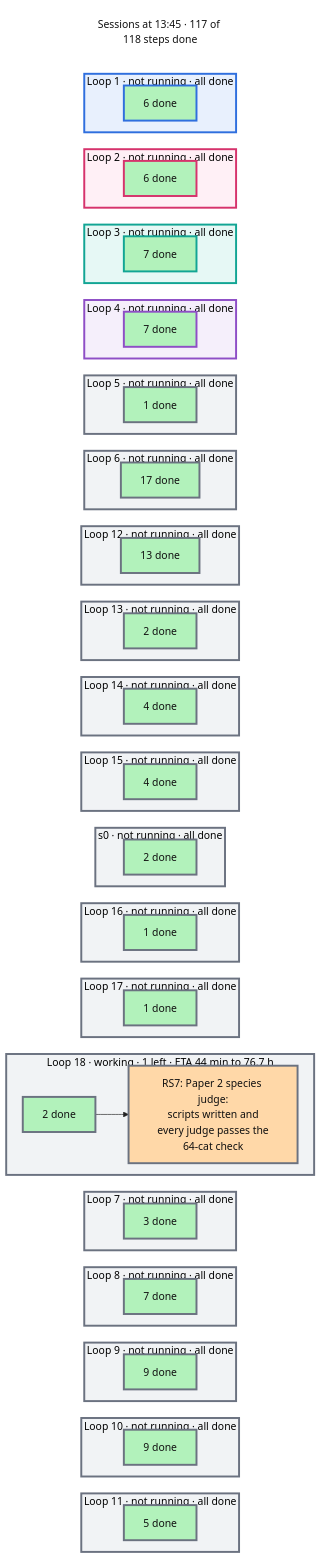
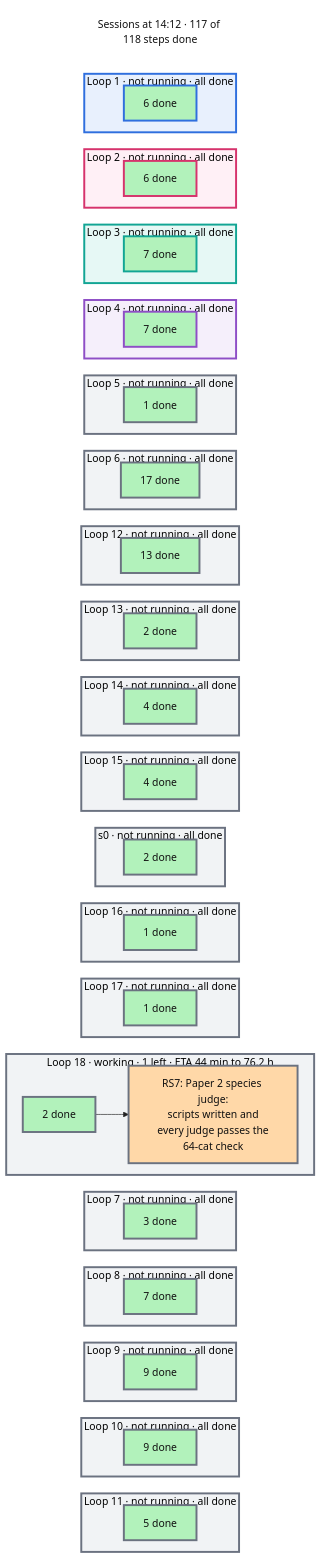
The diagram in artifacts/notes/progress/sessions.mmd (mo-rsa24/concept-composition), drawn with Mermaid before and after one commit. The commit also changed 9 other files, not shown here.

```diff
--- a/artifacts/notes/progress/sessions.mmd
+++ b/artifacts/notes/progress/sessions.mmd
@@ -1,124 +1,124 @@
 %%{init: {'theme': 'base', 'themeVariables': {'fontFamily': 'monospace', 'primaryColor': '#ffffff', 'primaryBorderColor': '#222222', 'primaryTextColor': '#111111', 'lineColor': '#222222'}, 'flowchart': {'nodeSpacing': 16, 'rankSpacing': 26}}}%%
 flowchart TB
   classDef done fill:#b2f2bb,color:#111111
   classDef doing fill:#ffd8a8,color:#111111
   classDef todo fill:#e9ecef,color:#111111
   classDef note fill:#ffffff,stroke:#c92a2a,stroke-dasharray:5 5,color:#c92a2a
-  now["Sessions at 13:45 · 117 of 118 steps done"]
+  now["Sessions at 14:12 · 117 of 118 steps done"]
   style now fill:#ffffff,stroke:#ffffff,color:#111111
   subgraph L0["Loop 1 · not running · all done"]
     direction LR
     d0["6 done"]:::done
   end
   subgraph L1["Loop 2 · not running · all done"]
     direction LR
     d1["6 done"]:::done
   end
   subgraph L2["Loop 3 · not running · all done"]
     direction LR
     d2["7 done"]:::done
   end
   subgraph L3["Loop 4 · not running · all done"]
     direction LR
     d3["7 done"]:::done
   end
   subgraph L4["Loop 5 · not running · all done"]
     direction LR
     d4["1 done"]:::done
   end
   subgraph L5["Loop 6 · not running · all done"]
     direction LR
     d5["17 done"]:::done
   end
   subgraph L6["Loop 12 · not running · all done"]
     direction LR
     d6["13 done"]:::done
   end
   subgraph L7["Loop 13 · not running · all done"]
     direction LR
     d7["2 done"]:::done
   end
   subgraph L8["Loop 14 · not running · all done"]
     direction LR
     d8["4 done"]:::done
   end
   subgraph L9["Loop 15 · not running · all done"]
     direction LR
     d9["4 done"]:::done
   end
   subgraph L10["s0 · not running · all done"]
     direction LR
     d10["2 done"]:::done
   end
   subgraph L11["Loop 16 · not running · all done"]
     direction LR
     d11["1 done"]:::done
   end
   subgraph L12["Loop 17 · not running · all done"]
     direction LR
     d12["1 done"]:::done
   end
-  subgraph L13["Loop 18 · working · 1 left · ETA 44 min to 76.7 h"]
+  subgraph L13["Loop 18 · working · 1 left · ETA 44 min to 76.2 h"]
     direction LR
     d13["2 done"]:::done --> n_RS7["RS7: Paper 2 species judge:<br/>scripts written and<br/>every judge passes the<br/>64-cat check"]:::doing
   end
   subgraph L14["Loop 7 · not running · all done"]
     direction LR
     d14["3 done"]:::done
   end
   subgraph L15["Loop 8 · not running · all done"]
     direction LR
     d15["7 done"]:::done
   end
   subgraph L16["Loop 9 · not running · all done"]
     direction LR
     d16["9 done"]:::done
   end
   subgraph L17["Loop 10 · not running · all done"]
     direction LR
     d17["9 done"]:::done
   end
   subgraph L18["Loop 11 · not running · all done"]
     direction LR
     d18["5 done"]:::done
   end
   now ~~~ L0 ~~~ L1 ~~~ L2 ~~~ L3 ~~~ L4 ~~~ L5 ~~~ L6 ~~~ L7 ~~~ L8 ~~~ L9 ~~~ L10 ~~~ L11 ~~~ L12 ~~~ L13 ~~~ L14 ~~~ L15 ~~~ L16 ~~~ L17 ~~~ L18
   style L0 fill:#e8f0fd,stroke:#2f6fde,stroke-width:3px
   style d0 stroke:#2f6fde,stroke-width:3px
   style L1 fill:#fff0f6,stroke:#d6336c,stroke-width:3px
   style d1 stroke:#d6336c,stroke-width:3px
   style L2 fill:#e6f8f5,stroke:#12a594,stroke-width:3px
   style d2 stroke:#12a594,stroke-width:3px
   style L3 fill:#f5effb,stroke:#8e4ec6,stroke-width:3px
   style d3 stroke:#8e4ec6,stroke-width:3px
   style L4 fill:#f1f3f5,stroke:#6b7280,stroke-width:3px
   style d4 stroke:#6b7280,stroke-width:3px
   style L5 fill:#f1f3f5,stroke:#6b7280,stroke-width:3px
   style d5 stroke:#6b7280,stroke-width:3px
   style L6 fill:#f1f3f5,stroke:#6b7280,stroke-width:3px
   style d6 stroke:#6b7280,stroke-width:3px
   style L7 fill:#f1f3f5,stroke:#6b7280,stroke-width:3px
   style d7 stroke:#6b7280,stroke-width:3px
   style L8 fill:#f1f3f5,stroke:#6b7280,stroke-width:3px
   style d8 stroke:#6b7280,stroke-width:3px
   style L9 fill:#f1f3f5,stroke:#6b7280,stroke-width:3px
   style d9 stroke:#6b7280,stroke-width:3px
   style L10 fill:#f1f3f5,stroke:#6b7280,stroke-width:3px
   style d10 stroke:#6b7280,stroke-width:3px
   style L11 fill:#f1f3f5,stroke:#6b7280,stroke-width:3px
   style d11 stroke:#6b7280,stroke-width:3px
   style L12 fill:#f1f3f5,stroke:#6b7280,stroke-width:3px
   style d12 stroke:#6b7280,stroke-width:3px
   style L13 fill:#f1f3f5,stroke:#6b7280,stroke-width:3px
   style d13 stroke:#6b7280,stroke-width:3px
   style n_RS7 stroke:#6b7280,stroke-width:3px
   style L14 fill:#f1f3f5,stroke:#6b7280,stroke-width:3px
   style d14 stroke:#6b7280,stroke-width:3px
   style L15 fill:#f1f3f5,stroke:#6b7280,stroke-width:3px
   style d15 stroke:#6b7280,stroke-width:3px
   style L16 fill:#f1f3f5,stroke:#6b7280,stroke-width:3px
   style d16 stroke:#6b7280,stroke-width:3px
   style L17 fill:#f1f3f5,stroke:#6b7280,stroke-width:3px
   style d17 stroke:#6b7280,stroke-width:3px
   style L18 fill:#f1f3f5,stroke:#6b7280,stroke-width:3px
   style d18 stroke:#6b7280,stroke-width:3px
```
